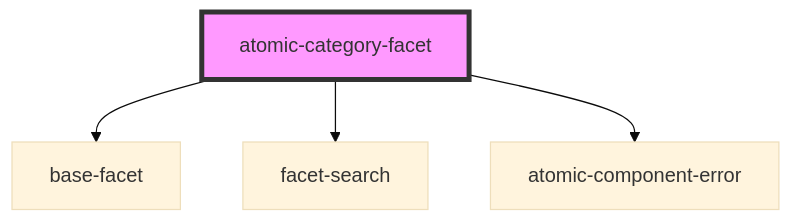
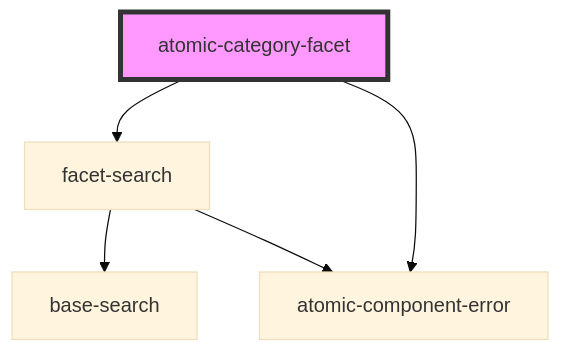
Before and after one commit to coveo/ui-kit: the diagram in packages/atomic/src/components/facets/atomic-category-facet/readme.md, drawn with Mermaid (base theme). The commit also changed other lines of this file and 15 other files, not shown here.

First line of the commit message:
feat(atomic): numeric Facet

````diff
--- a/packages/atomic/src/components/facets/atomic-category-facet/readme.md
+++ b/packages/atomic/src/components/facets/atomic-category-facet/readme.md
@@ -26,7 +25,8 @@
 ```mermaid
 graph TD;
-  atomic-category-facet --> base-facet
   atomic-category-facet --> facet-search
   atomic-category-facet --> atomic-component-error
+  facet-search --> base-search
+  facet-search --> atomic-component-error
   style atomic-category-facet fill:#f9f,stroke:#333,stroke-width:4px
 ```
````
